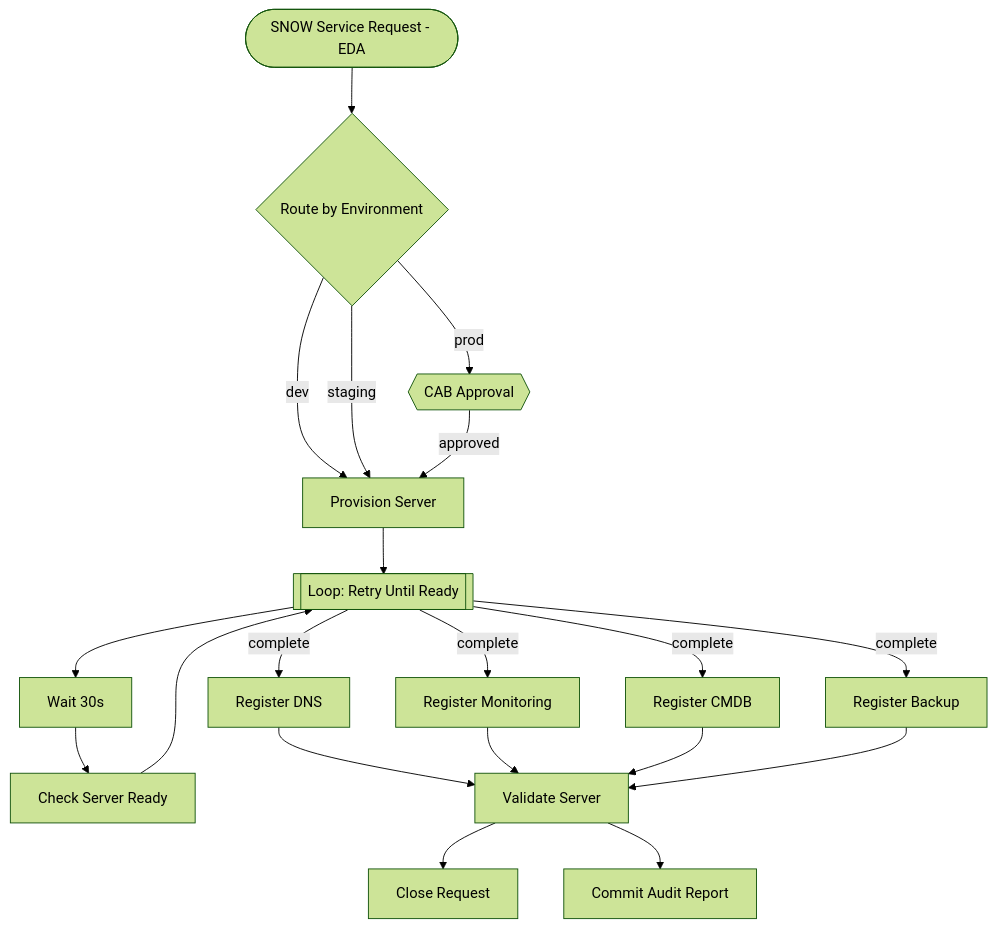
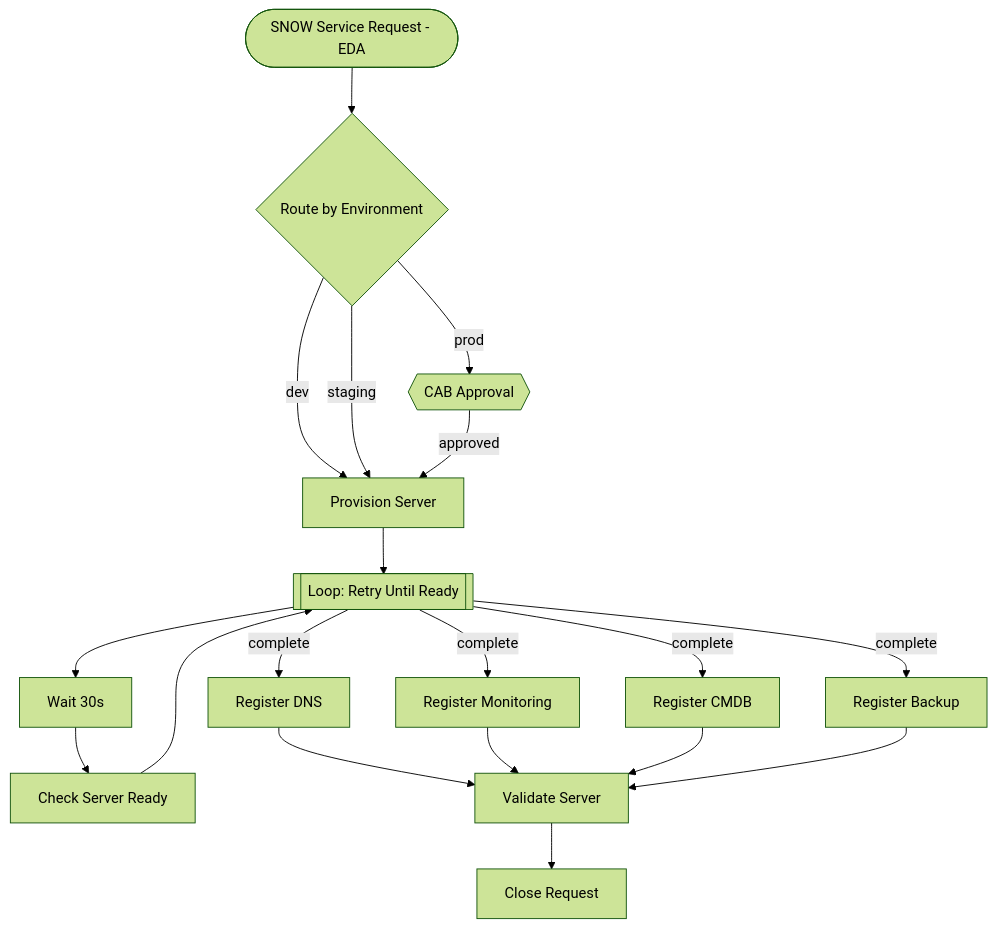
The diagram in README.md (crenwick93/ao-overview-demo), drawn with Mermaid (forest theme) before and after one commit. The commit also changed other lines of this file and 7 other files, not shown here.

First line of the commit message:
Remove Git commit node, Manage Git Repo template, and GitHub credentials

````diff
--- a/README.md
+++ b/README.md
@@ -28,28 +28,27 @@
 ```mermaid
 flowchart TD
     trigger([SNOW Service Request - EDA]) --> sw{Route by Environment}
 
     sw -- dev --> provision[Provision Server]
     sw -- staging --> provision
     sw -- prod --> approval{{CAB Approval}}
     approval -- approved --> provision
 
     provision --> loop[[Loop: Retry Until Ready]]
 
     loop --> wait[Wait 30s]
     wait --> check[Check Server Ready]
     check --> loop
 
     loop -- complete --> dns[Register DNS]
     loop -- complete --> mon[Register Monitoring]
     loop -- complete --> cmdb[Register CMDB]
     loop -- complete --> bak[Register Backup]
 
     dns --> validate[Validate Server]
     mon --> validate
     cmdb --> validate
     bak --> validate
 
     validate --> close[Close Request]
-    validate --> git[Commit Audit Report]
 ```
````
